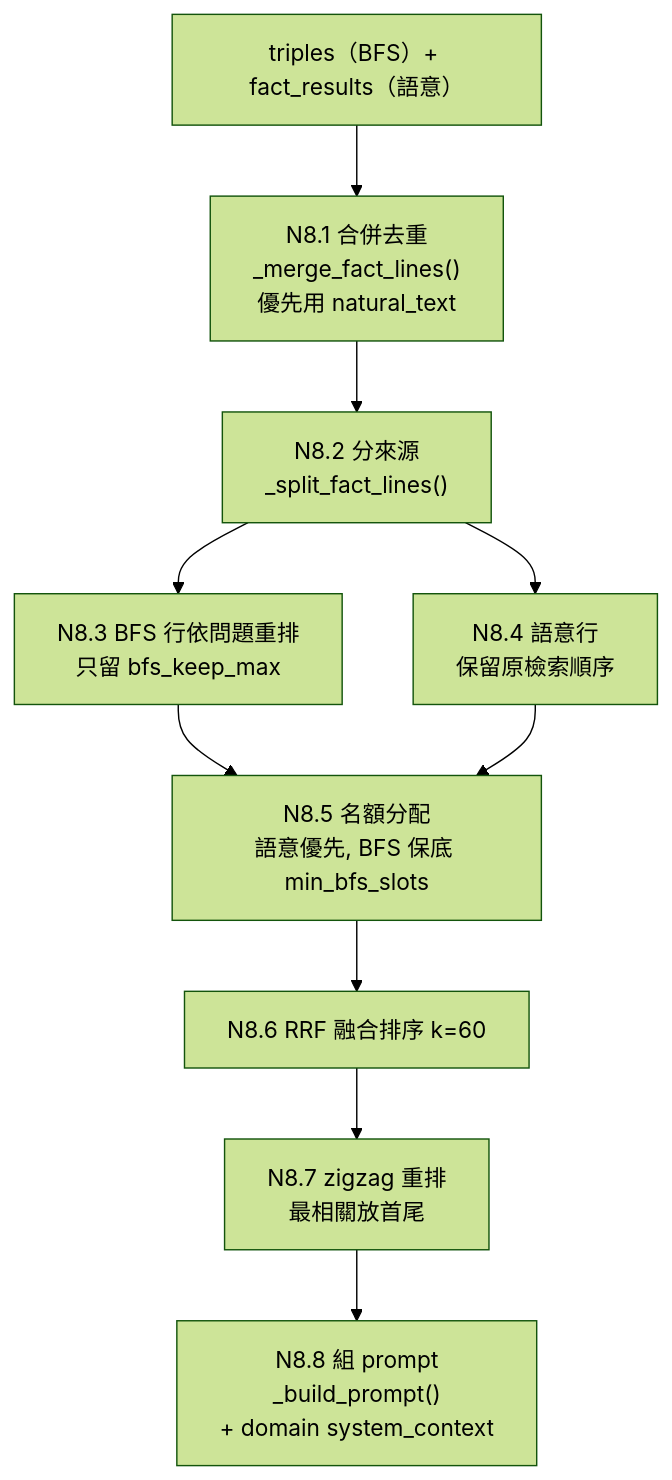
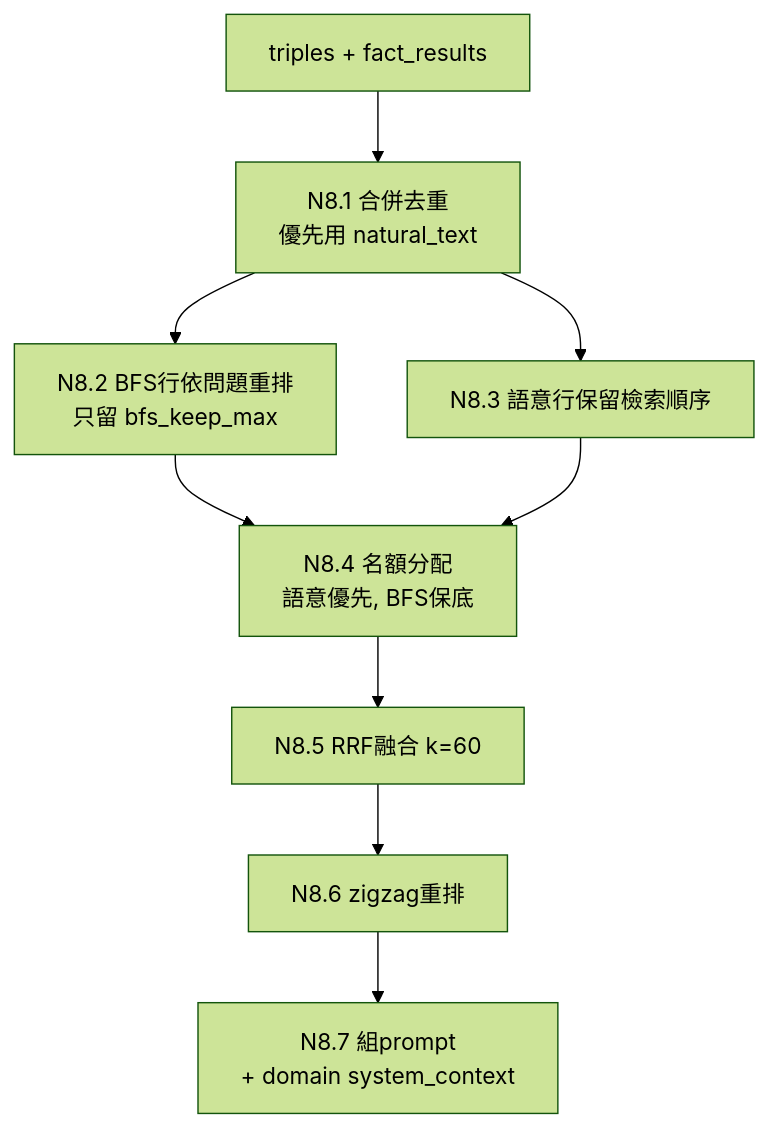
One commit to Chester930/world-knowledge-graph-rag changed the tenth of 13 diagrams in docs/報告/95_專案節點流程總覽與設計說明.md. Above: the diagram before and after it, drawn with Mermaid (forest theme). The commit also changed other lines of this file and 1 other file, not shown here.

````diff
--- a/docs/報告/95_專案節點流程總覽與設計說明.md
+++ b/docs/報告/95_專案節點流程總覽與設計說明.md
@@ -397,11 +318,8 @@
 ```mermaid
 flowchart TD
-    IN["triples（BFS）+ fact_results（語意）"] --> M["N8.1 合併去重<br/>_merge_fact_lines()<br/>優先用 natural_text"]
-    M --> SP["N8.2 分來源<br/>_split_fact_lines()"]
-    SP --> B["N8.3 BFS 行依問題重排<br/>只留 bfs_keep_max"]
-    SP --> S["N8.4 語意行<br/>保留原檢索順序"]
-    B & S --> SL["N8.5 名額分配<br/>語意優先, BFS 保底 min_bfs_slots"]
-    SL --> RRF["N8.6 RRF 融合排序 k=60"]
-    RRF --> Z["N8.7 zigzag 重排<br/>最相關放首尾"]
-    Z --> P["N8.8 組 prompt<br/>_build_prompt()<br/>+ domain system_context"]
+    IN["triples + fact_results"] --> M["N8.1 合併去重<br/>優先用 natural_text"]
+    M --> B["N8.2 BFS行依問題重排<br/>只留 bfs_keep_max"]
+    M --> S["N8.3 語意行保留檢索順序"]
+    B & S --> SL["N8.4 名額分配<br/>語意優先, BFS保底"]
+    SL --> RRF["N8.5 RRF融合 k=60"] --> Z["N8.6 zigzag重排"] --> P["N8.7 組prompt<br/>+ domain system_context"]
 ```
````
